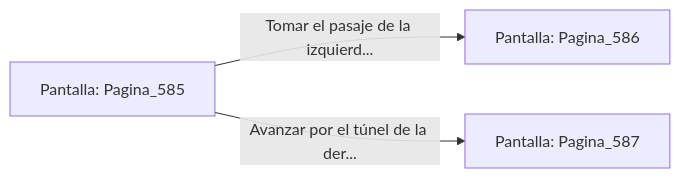
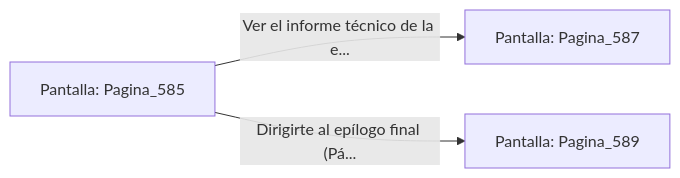
The diagram in sample/eligejuego-vault/Pantalla_Pagina_585.md (metsuke/mpl), drawn with Mermaid before and after one commit. The commit also changed other lines of this file and 635 other files, not shown here.

First line of the commit message:
fix: añadir Pagina_1 como pantalla inicial en capitulo_01.mpl

````diff
--- a/sample/eligejuego-vault/Pantalla_Pagina_585.md
+++ b/sample/eligejuego-vault/Pantalla_Pagina_585.md
@@ -20,6 +24,6 @@
 ```mermaid
 graph LR
     P_Pagina_585["Pantalla: Pagina_585"]
-    P_Pagina_585 -->|"Tomar el pasaje de la izquierd..."| P_Pagina_586["Pantalla: Pagina_586"]
-    P_Pagina_585 -->|"Avanzar por el túnel de la der..."| P_Pagina_587["Pantalla: Pagina_587"]
+    P_Pagina_585 -->|"Ver el informe técnico de la e..."| P_Pagina_587["Pantalla: Pagina_587"]
+    P_Pagina_585 -->|"Dirigirte al epílogo final (Pá..."| P_Pagina_589["Pantalla: Pagina_589"]
 ```
````
